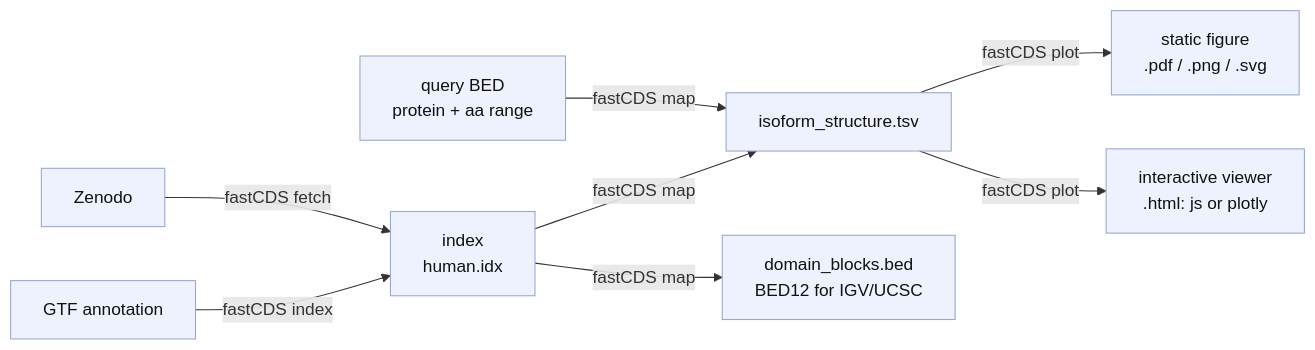
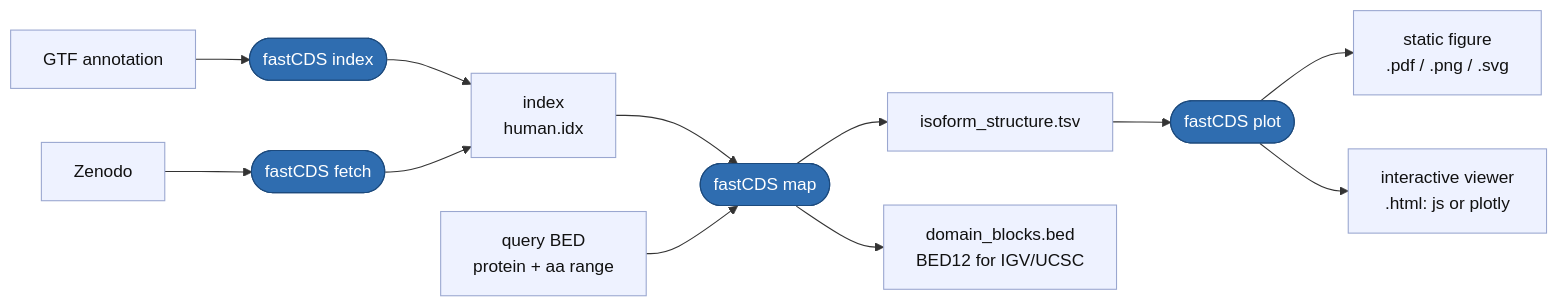
The diagram in README.md (SotoLF/fastCDS), drawn with Mermaid before and after one commit. The commit also changed 1 other file, not shown here.

Commit message:
docs: flow diagram - commands as nodes so map/plot render cleanly; BED12 from map (index + query BED)

````diff
--- a/README.md
+++ b/README.md
@@ -49,13 +49,19 @@
 ```mermaid
 flowchart LR
-    GTF[GTF annotation] -->|fastCDS index| IDX[index<br/>human.idx]
-    ZEN[Zenodo] -->|fastCDS fetch| IDX
-    IDX -->|fastCDS map| TSV[isoform_structure.tsv]
-    BED[query BED<br/>protein + aa range] -->|fastCDS map| TSV
-    IDX -->|fastCDS map| B12[domain_blocks.bed<br/>BED12 for IGV/UCSC]
-    TSV -->|fastCDS plot| STATIC[static figure<br/>.pdf / .png / .svg]
-    TSV -->|fastCDS plot| INTER[interactive viewer<br/>.html: js or plotly]
+    GTF[GTF annotation] --> INDEX([fastCDS index])
+    ZEN[Zenodo] --> FETCH([fastCDS fetch])
+    INDEX --> IDX[index<br/>human.idx]
+    FETCH --> IDX
+    IDX --> MAP([fastCDS map])
+    BED[query BED<br/>protein + aa range] --> MAP
+    MAP --> TSV[isoform_structure.tsv]
+    MAP --> B12[domain_blocks.bed<br/>BED12 for IGV/UCSC]
+    TSV --> PLOT([fastCDS plot])
+    PLOT --> STATIC[static figure<br/>.pdf / .png / .svg]
+    PLOT --> INTER[interactive viewer<br/>.html: js or plotly]
 
+    classDef cmd fill:#2f6db0,color:#ffffff,stroke:#1c4a7d,stroke-width:1px;
     classDef file fill:#eef2ff,color:#111111,stroke:#9aa7d0,stroke-width:1px;
+    class INDEX,FETCH,MAP,PLOT cmd;
     class GTF,ZEN,IDX,BED,TSV,B12,STATIC,INTER file;
 ```
````
